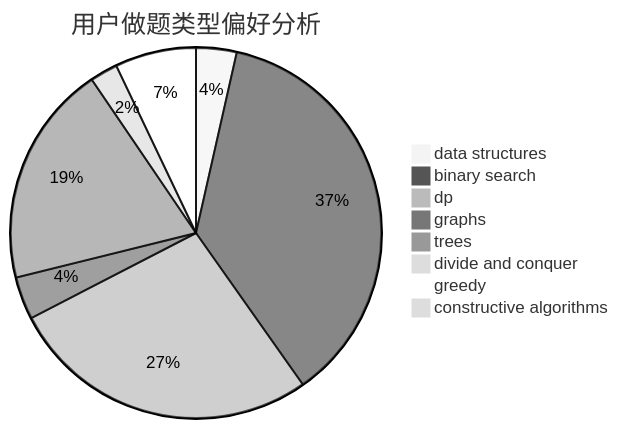
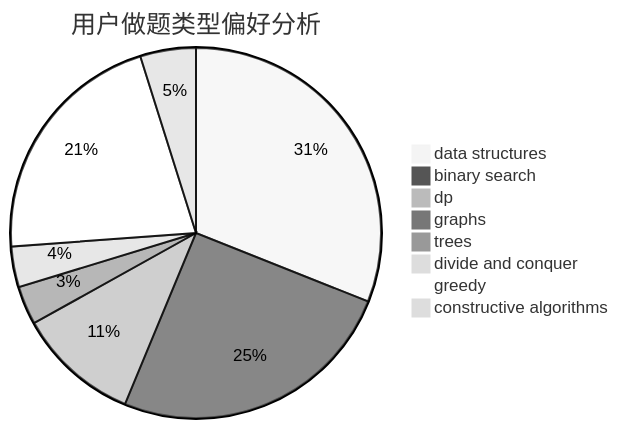
Before and after one commit to sherpahu/cfrs.github.io: the second of 3 diagrams in docs/user/u2281.md, drawn with Mermaid (neutral theme). The commit also changed other lines of this file and 2770 other files, not shown here.

````diff
--- a/docs/user/u2281.md
+++ b/docs/user/u2281.md
@@ -23,11 +23,11 @@
 ```mermaid
 pie title 用户做题类型偏好分析
-    "data structures" :  19
-    "binary search" :  197
-    "dp" :  146
-    "graphs" :  20
-    "trees" :  104
-    "divide and conquer" :  13
-    "greedy" :  38
-    "constructive algorithms" :  1
+    "data structures" :  166
+    "binary search" :  135
+    "dp" :  57
+    "graphs" :  4
+    "trees" :  18
+    "divide and conquer" :  19
+    "greedy" :  114
+    "constructive algorithms" :  26
 ```
````
